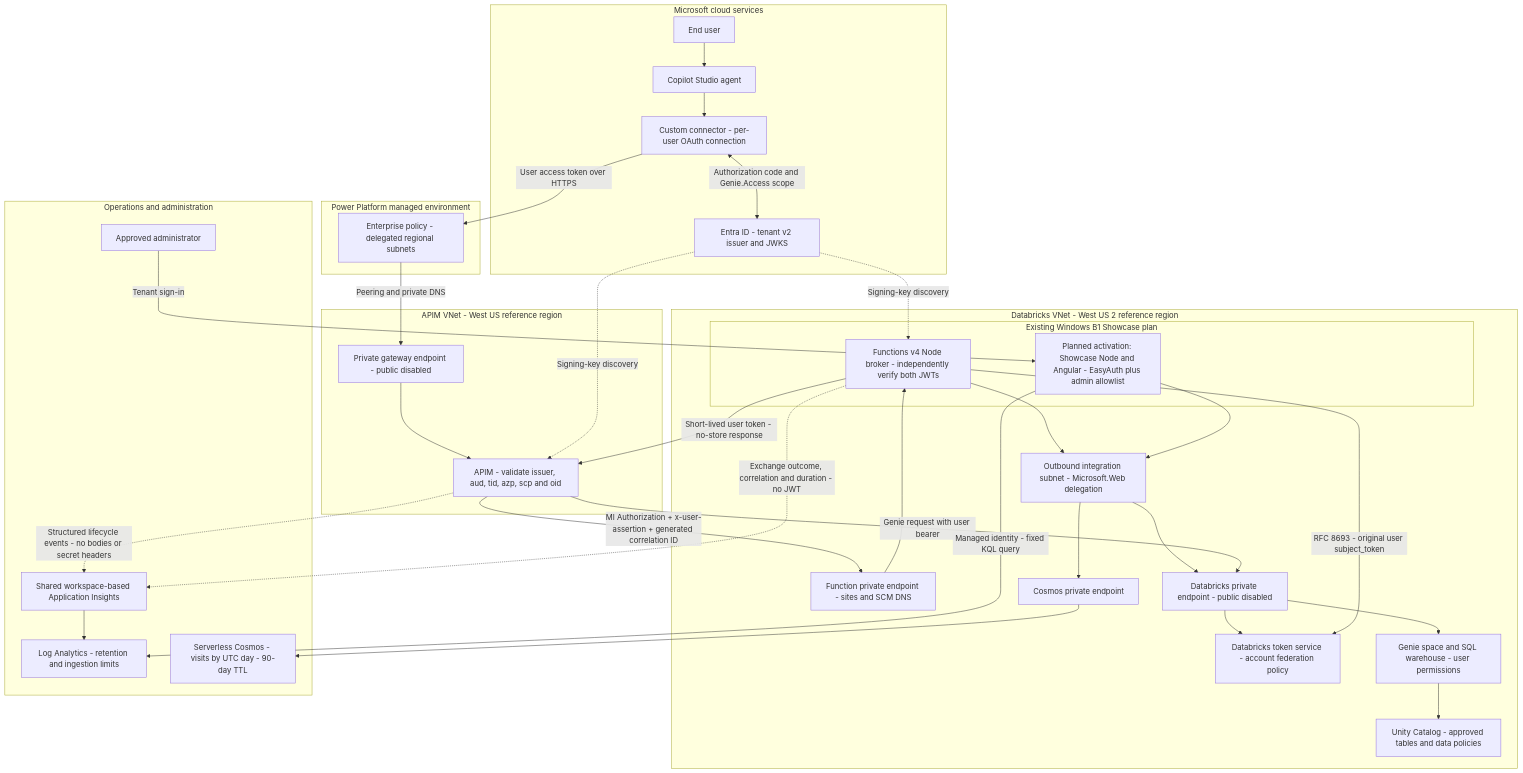
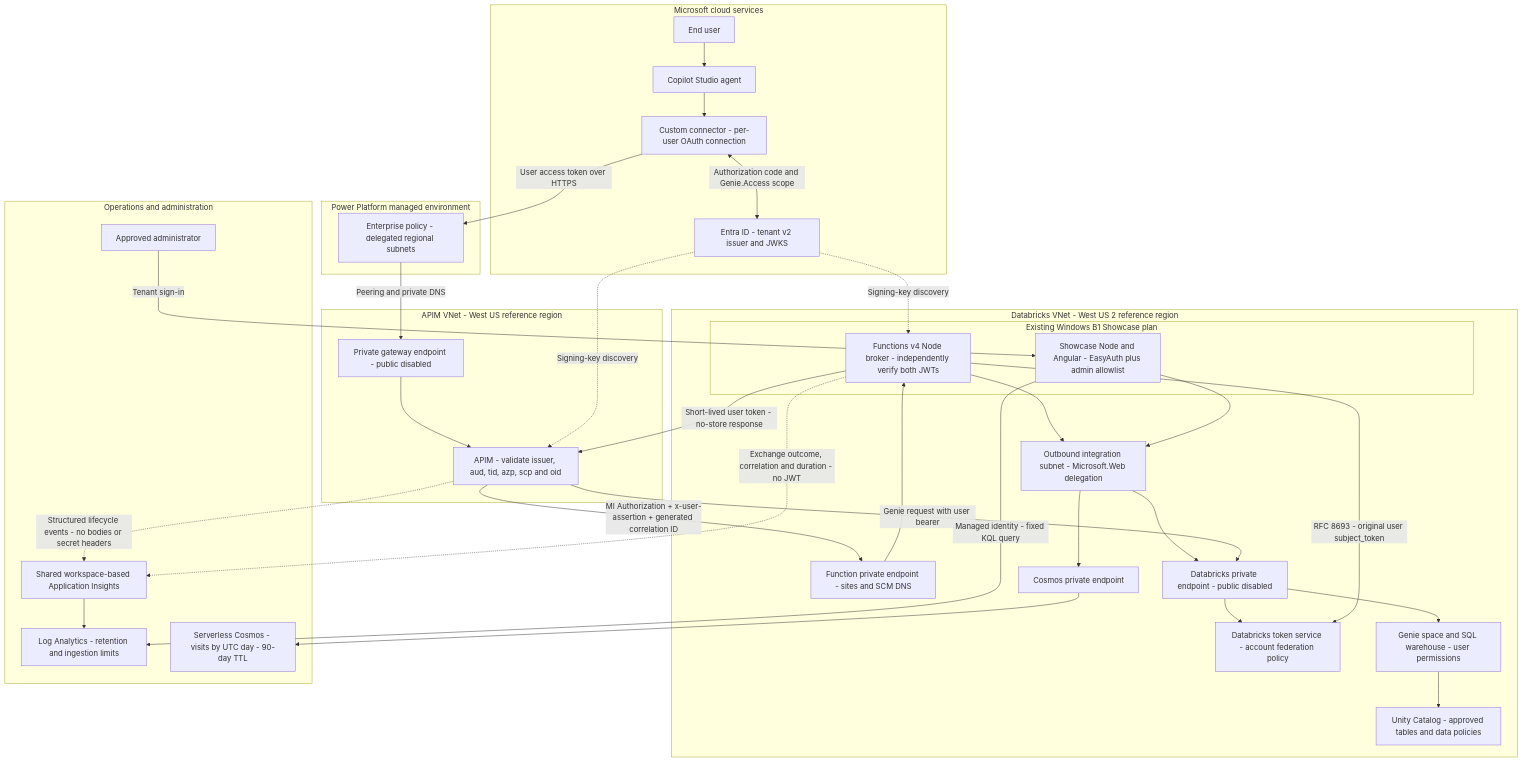
One commit to csdmichael/Azure-Databricks-Private-Agent-APIM changed the first of 2 diagrams in docs/obo/README.md. Above: the diagram before and after it, drawn with Mermaid. The commit also changed other lines of this file and 5 other files, not shown here.

````diff
--- a/docs/obo/README.md
+++ b/docs/obo/README.md
@@ -74,54 +74,54 @@
 ```mermaid
 flowchart TB
   subgraph clients[Microsoft cloud services]
     user[End user] --> studio[Copilot Studio agent]
     studio --> connector[Custom connector - per-user OAuth connection]
     entra[Entra ID - tenant v2 issuer and JWKS]
     connector <-->|Authorization code and Genie.Access scope| entra
   end
   subgraph pp[Power Platform managed environment]
     injection[Enterprise policy - delegated regional subnets]
   end
   connector -->|User access token over HTTPS| injection
   subgraph gateway[APIM VNet - West US reference region]
     apimpe[Private gateway endpoint - public disabled]
     apim[APIM - validate issuer, aud, tid, azp, scp and oid]
     apimpe --> apim
   end
   injection -->|Peering and private DNS| apimpe
   subgraph data[Databricks VNet - West US 2 reference region]
     fnpe[Function private endpoint - sites and SCM DNS]
     subnet[Outbound integration subnet - Microsoft.Web delegation]
     subgraph shared[Existing Windows B1 Showcase plan]
       fn[Functions v4 Node broker - independently verify both JWTs]
-      web[Planned activation: Showcase Node and Angular - EasyAuth plus admin allowlist]
+      web[Showcase Node and Angular - EasyAuth plus admin allowlist]
     end
     dbxpe[Databricks private endpoint - public disabled]
     sts[Databricks token service - account federation policy]
     genie[Genie space and SQL warehouse - user permissions]
     uc[Unity Catalog - approved tables and data policies]
     cosmospe[Cosmos private endpoint]
     fnpe --> fn --> subnet --> dbxpe
     dbxpe --> sts
     dbxpe --> genie --> uc
     web --> subnet --> cosmospe
   end
   apim -->|MI Authorization + x-user-assertion + generated correlation ID| fnpe
   fn -->|RFC 8693 - original user subject_token| sts
   fn -->|Short-lived user token - no-store response| apim
   apim -->|Genie request with user bearer| dbxpe
   subgraph operations[Operations and administration]
     ai[Shared workspace-based Application Insights]
     logs[Log Analytics - retention and ingestion limits]
     cosmos[Serverless Cosmos - visits by UTC day - 90-day TTL]
     admin[Approved administrator]
   end
   apim -.->|Structured lifecycle events - no bodies or secret headers| ai
   fn -.->|Exchange outcome, correlation and duration - no JWT| ai
   ai --> logs
   web -->|Managed identity - fixed KQL query| logs
   cosmospe --> cosmos
   admin -->|Tenant sign-in| web
   entra -.->|Signing-key discovery| fn
   entra -.->|Signing-key discovery| apim
 ```
````
